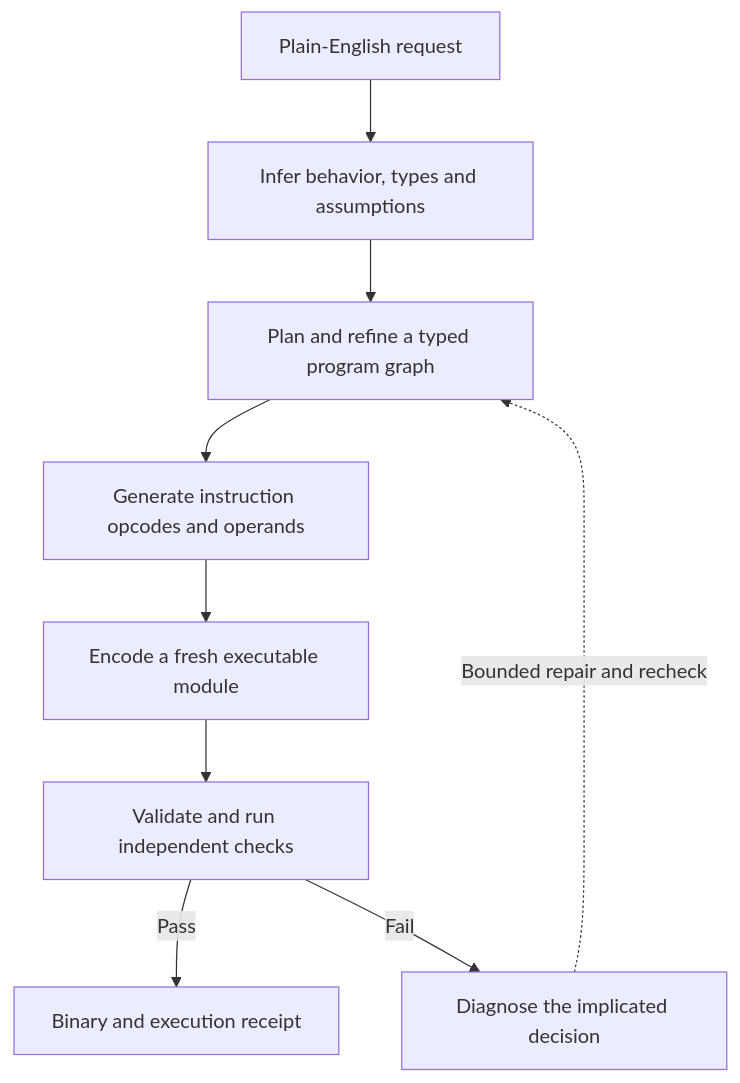
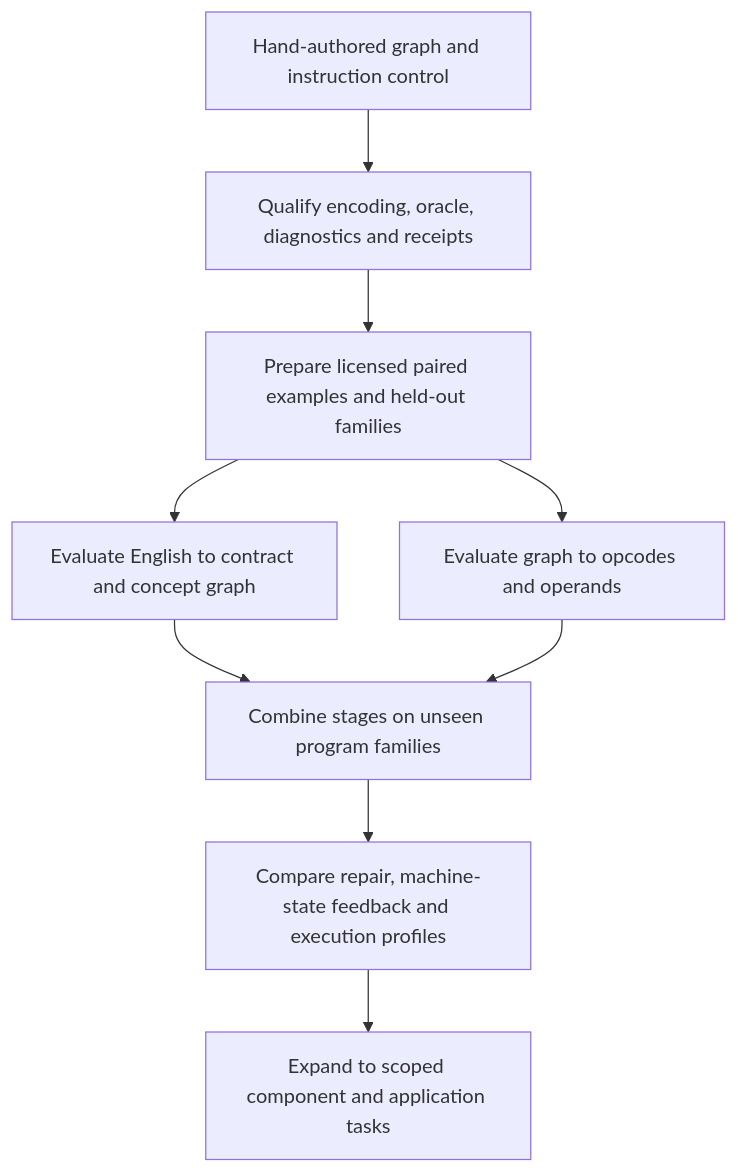
The fourth of 5 diagrams in README.md (Kian-hdr/lore-demo), drawn with Mermaid before and after one commit. The commit also changed other lines of this file and 4 other files, not shown here.

````diff
--- a/README.md
+++ b/README.md
@@ -11,11 +82,11 @@
 ```mermaid
 flowchart TD
-    A["Plain-English request"] --> B["Infer behavior, types and assumptions"]
-    B --> C["Plan and refine a typed program graph"]
-    C --> D["Generate instruction opcodes and operands"]
-    D --> E["Encode a fresh executable module"]
-    E --> F["Validate and run independent checks"]
-    F -->|Pass| G["Binary and execution receipt"]
-    F -->|Fail| H["Diagnose the implicated decision"]
-    H -. "Bounded repair and recheck" .-> C
+    A["Hand-authored graph and instruction control"] --> B["Qualify encoding, oracle, diagnostics and receipts"]
+    B --> C["Prepare licensed paired examples and held-out families"]
+    C --> D["Evaluate English to contract and concept graph"]
+    C --> E["Evaluate graph to opcodes and operands"]
+    D --> F["Combine stages on unseen program families"]
+    E --> F
+    F --> G["Compare repair, machine-state feedback and execution profiles"]
+    G --> H["Expand to scoped component and application tasks"]
 ```
````
